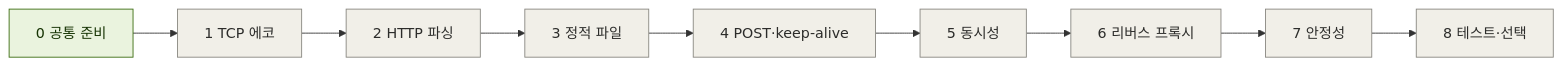
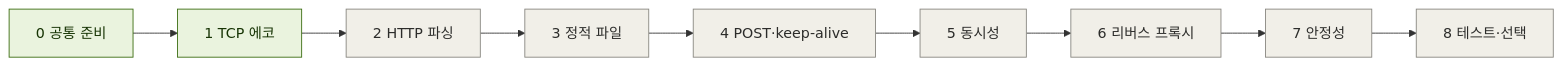
The diagram in docs/progress.md (hnjee/mini-webserver), drawn with Mermaid before and after one commit. The commit also changed other lines of this file and 20 other files, not shown here.

````diff
--- a/docs/progress.md
+++ b/docs/progress.md
@@ -7,12 +7,12 @@
 ```mermaid
 flowchart LR
     S0["0 공통 준비"] --> S1["1 TCP 에코"] --> S2["2 HTTP 파싱"] --> S3["3 정적 파일"] --> S4["4 POST·keep-alive"]
     S4 --> S5["5 동시성"] --> S6["6 리버스 프록시"] --> S7["7 안정성"] --> S8["8 테스트·선택"]
 
     classDef todo fill:#F1EFE8,stroke:#888780,color:#2C2C2A
     classDef doing fill:#E6F1FB,stroke:#185FA5,color:#042C53
     classDef done fill:#EAF3DE,stroke:#3B6D11,color:#173404
     classDef blocked fill:#FCEBEB,stroke:#A32D2D,color:#501313
-    class S0 done
-    class S1,S2,S3,S4,S5,S6,S7,S8 todo
+    class S0,S1 done
+    class S2,S3,S4,S5,S6,S7,S8 todo
 ```
````
